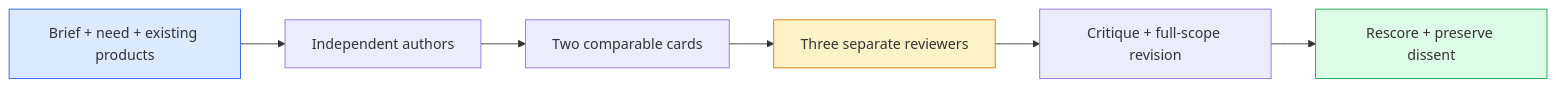
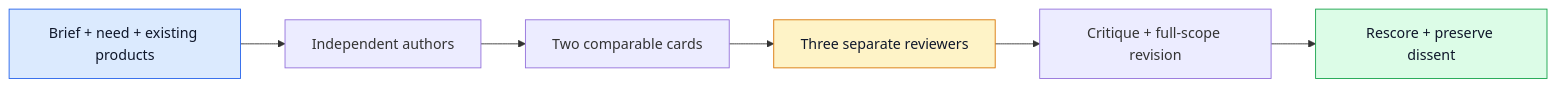
Before and after one commit to taka6745/insidethegame: the third of 3 diagrams in research/ideas/README.md, drawn with Mermaid. The commit also changed other lines of this file, not shown here.

Commit message:
Keep idea diagrams readable in GitHub dark mode

````diff
--- a/research/ideas/README.md
+++ b/research/ideas/README.md
@@ -167,11 +167,11 @@
 ```mermaid
 flowchart LR
   E[Brief + need + existing products] --> A[Independent authors]
   A --> C[Two comparable cards]
   C --> J[Three separate reviewers]
   J --> R[Critique + full-scope revision]
   R --> S[Rescore + preserve dissent]
-  style E fill:#dbeafe,stroke:#2563eb
-  style J fill:#fef3c7,stroke:#d97706
-  style S fill:#dcfce7,stroke:#16a34a
+  style E fill:#dbeafe,stroke:#2563eb,color:#0f172a
+  style J fill:#fef3c7,stroke:#d97706,color:#0f172a
+  style S fill:#dcfce7,stroke:#16a34a,color:#0f172a
 ```
````
